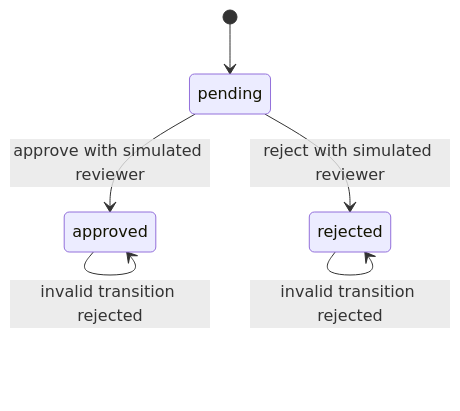
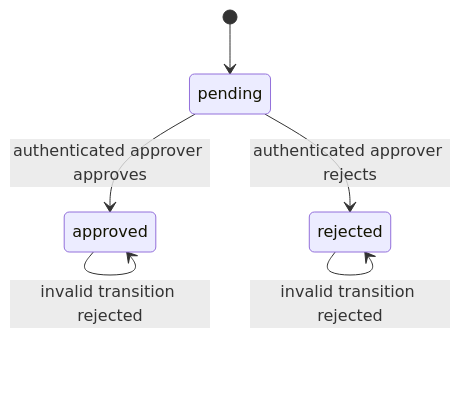
The third of 6 diagrams in docs/threat-model/data-flow-diagram.md (Ibraheemolasupogit/devsecops-application-security-pipeline), drawn with Mermaid before and after one commit. The commit also changed other lines of this file and 76 other files, not shown here.

````diff
--- a/docs/threat-model/data-flow-diagram.md
+++ b/docs/threat-model/data-flow-diagram.md
@@ -32,8 +35,8 @@
 ```mermaid
 stateDiagram-v2
     [*] --> pending
-    pending --> approved: approve with simulated reviewer
-    pending --> rejected: reject with simulated reviewer
+    pending --> approved: authenticated approver approves
+    pending --> rejected: authenticated approver rejects
     approved --> approved: invalid transition rejected
     rejected --> rejected: invalid transition rejected
 ```
````
